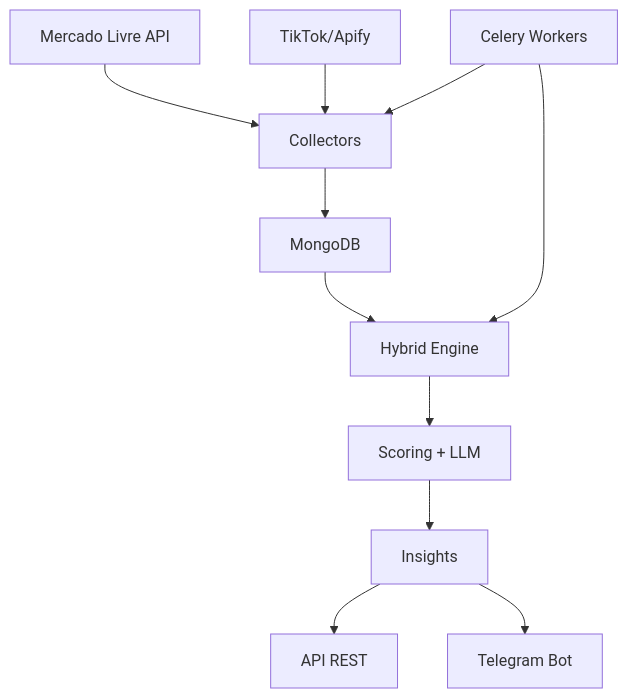
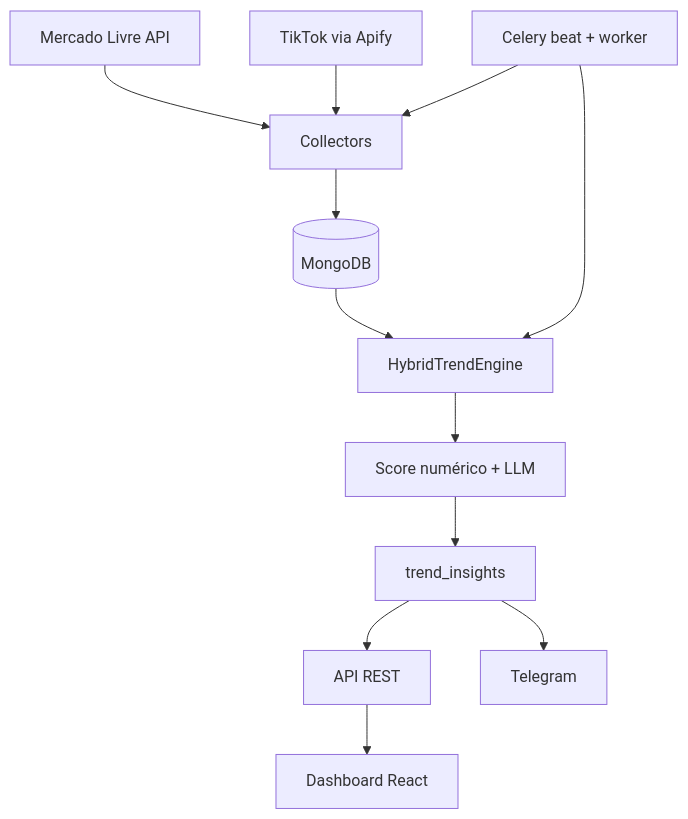
Before and after one commit to wrpaiva/bot-trends: the diagram in README.md, drawn with Mermaid. The commit also changed other lines of this file and 110 other files, not shown here.

````diff
--- a/README.md
+++ b/README.md
@@ -29,13 +16,14 @@
 ```mermaid
 graph TB
     A[Mercado Livre API] --> C[Collectors]
-    B[TikTok/Apify] --> C
-    C --> D[MongoDB]
-    D --> E[Hybrid Engine]
-    E --> F[Scoring + LLM]
-    F --> G[Insights]
+    B[TikTok via Apify] --> C
+    C --> D[(MongoDB)]
+    D --> E[HybridTrendEngine]
+    E --> F[Score numérico + LLM]
+    F --> G[trend_insights]
     G --> H[API REST]
-    G --> I[Telegram Bot]
-    J[Celery Workers] --> C
+    H --> K[Dashboard React]
+    G --> I[Telegram]
+    J[Celery beat + worker] --> C
     J --> E
 ```
````
